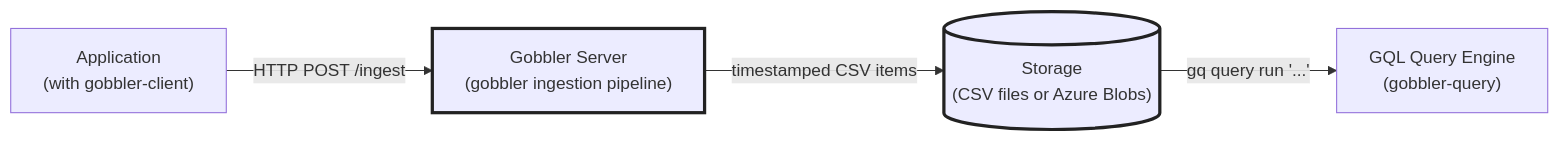
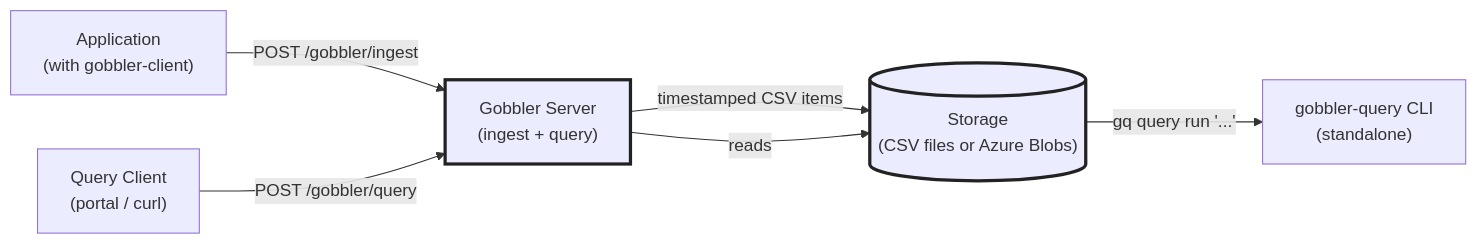
The diagram in README.md (kozwoj/gobbler), drawn with Mermaid before and after one commit. The commit also changed other lines of this file and 17 other files, not shown here.

Commit message:
added query functionality to gobbler. includes first,  not finished, version of README.

````diff
--- a/README.md
+++ b/README.md
@@ -5,16 +5,19 @@
 ```mermaid
 flowchart LR
     classDef thick stroke-width:3px,stroke:#222;
 
     B:::thick
     C:::thick
 
     A["Application\n(with gobbler-client)"]
-    B["Gobbler Server\n(gobbler ingestion pipeline)"]
+    B["Gobbler Server\n(ingest + query)"]
     C[("Storage\n(CSV files or Azure Blobs)")]
-    D["GQL Query Engine\n(gobbler-query)"]
+    D["gobbler-query CLI\n(standalone)"]
+    E["Query Client\n(portal / curl)"]
 
-    A -->|"HTTP POST /ingest"| B
+    A -->|"POST /gobbler/ingest"| B
     B -->|"timestamped CSV items"| C
+    B -->|reads| C
+    E -->|"POST /gobbler/query"| B
     C -->|"gq query run '...'"| D
 ```
````
